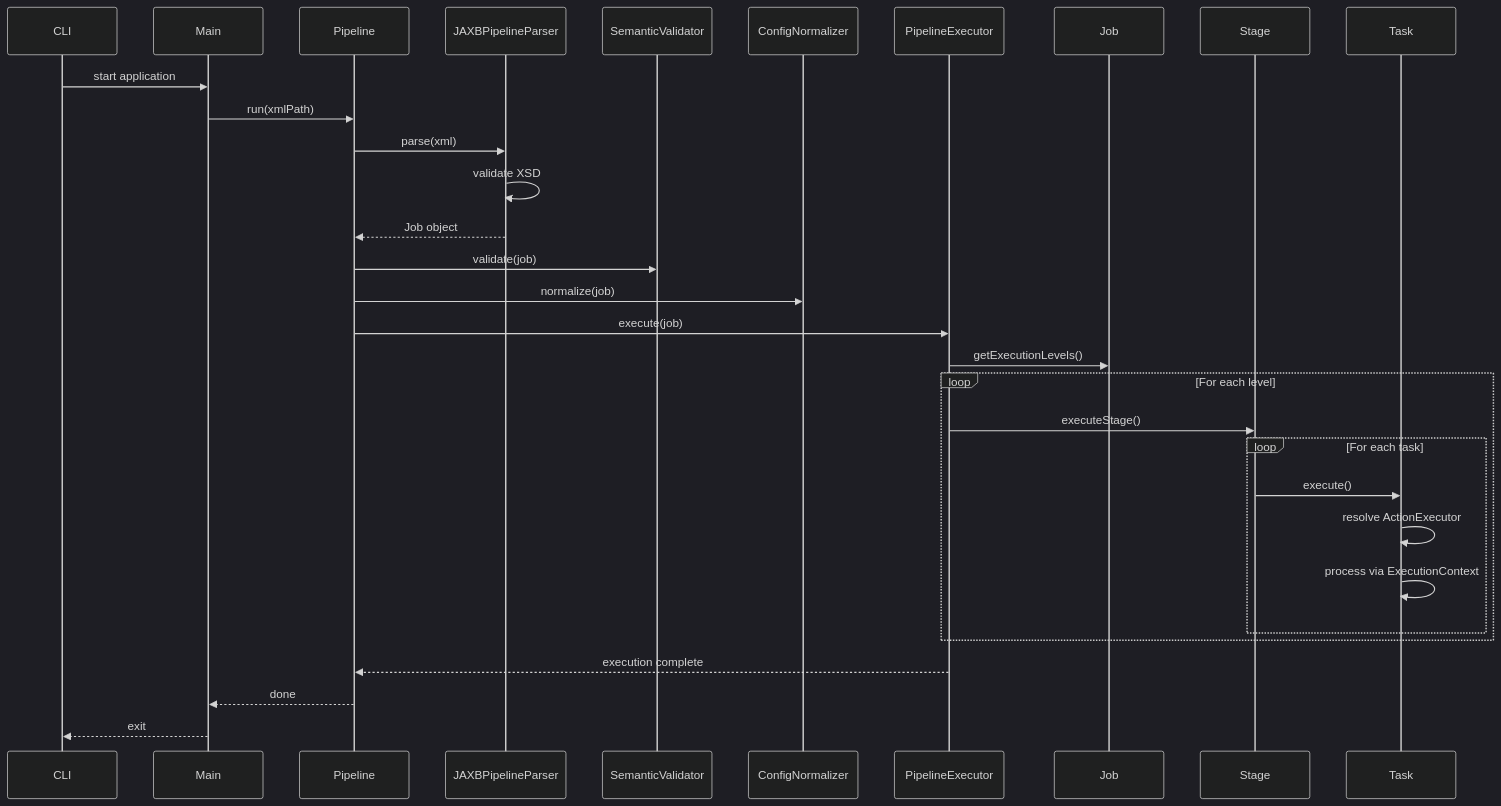
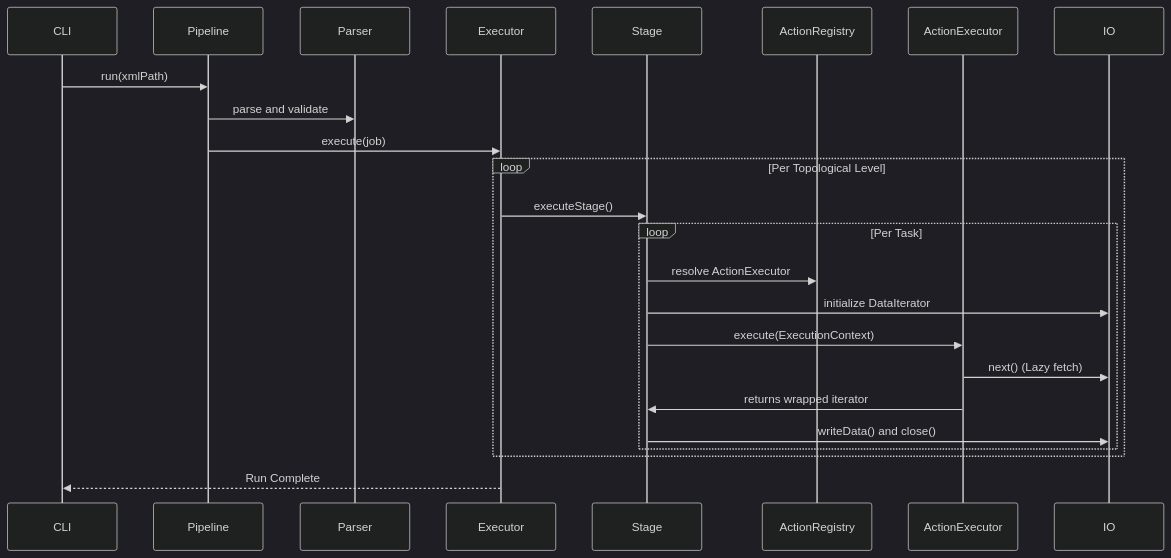
One commit to Rohitangshu2026/data-pipeline-framework changed the fourth of 4 diagrams in README.md. Above: the diagram before and after it, drawn with Mermaid (dark theme). The commit also changed other lines of this file, not shown here.

First line of the commit message:
docs(readme): complete rewrite with architecture, execution model, and UML diagrams

`````diff
--- a/README.md
+++ b/README.md
@@ -248,43 +205,28 @@
-````mermaid
+```mermaid
 sequenceDiagram
-
-participant CLI
-participant Main
-participant Pipeline
-participant Parser as JAXBPipelineParser
-participant Validator as SemanticValidator
-participant Normalizer as ConfigNormalizer
-participant Executor as PipelineExecutor
-participant Job
-participant Stage
-participant Task
-
-CLI ->> Main: start application
-Main ->> Pipeline: run(xmlPath)
-
-Pipeline ->> Parser: parse(xml)
-Parser ->> Parser: validate XSD
-Parser -->> Pipeline: Job object
-
-Pipeline ->> Validator: validate(job)
-Pipeline ->> Normalizer: normalize(job)
-
-Pipeline ->> Executor: execute(job)
-
-Executor ->> Job: getExecutionLevels()
-
-loop For each level
-    Executor ->> Stage: executeStage()
-
-    loop For each task
-        Stage ->> Task: execute()
-        Task ->> Task: resolve ActionExecutor
-        Task ->> Task: process via ExecutionContext
+    participant CLI
+    participant Pipeline
+    participant Parser
+    participant Executor
+    participant Stage
+    participant ActionRegistry
+    participant ActionExecutor
+    participant IO
+    
+    CLI ->> Pipeline: run(xmlPath)
+    Pipeline ->> Parser: parse and validate
+    Pipeline ->> Executor: execute(job)
+    
+    loop Per Topological Level
+        Executor ->> Stage: executeStage()
+        loop Per Task
+            Stage ->> ActionRegistry: resolve ActionExecutor
+            Stage ->> IO: initialize DataIterator
+            Stage ->> ActionExecutor: execute(ExecutionContext)
+            ActionExecutor ->> IO: next() (Lazy fetch)
+            ActionExecutor ->> Stage: returns wrapped iterator
+            Stage ->> IO: writeData() and close()
+        end
     end
-end
-
-Executor -->> Pipeline: execution complete
-Pipeline -->> Main: done
-Main -->> CLI: exit
-
-````
+    Executor -->> CLI: Run Complete
+```
`````
